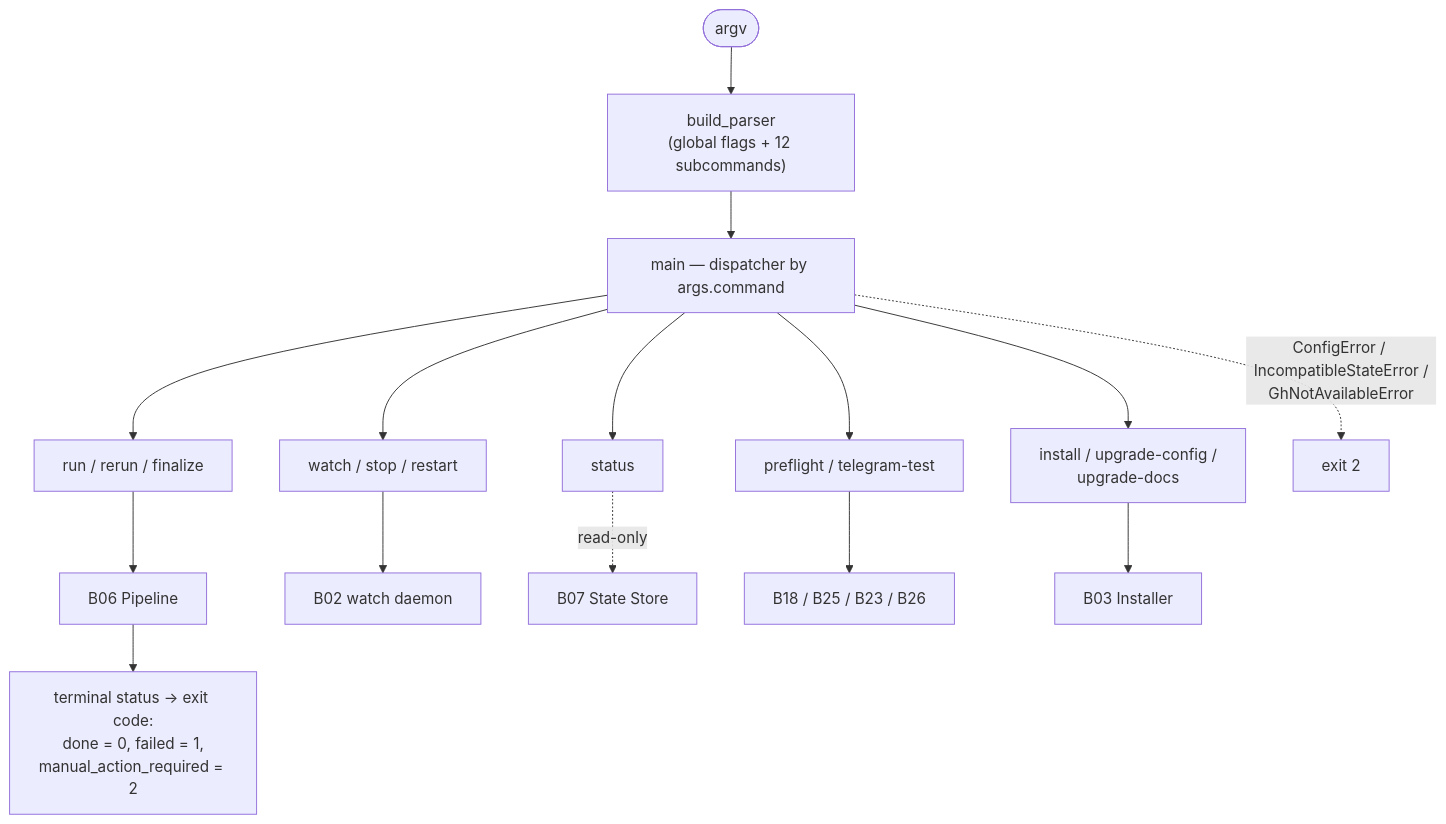
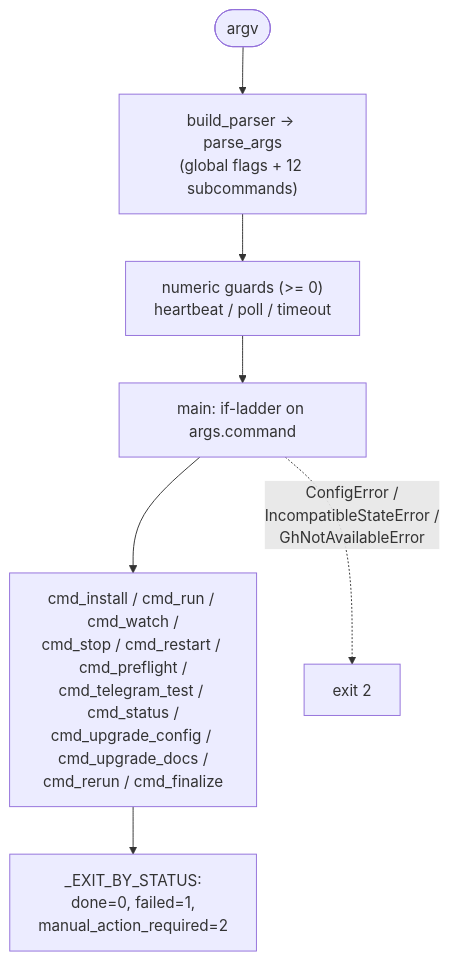
Before and after one commit to VladimirMakarevich/wastech-orchestrator: the diagram in docs/functional/blocks/B01-cli-and-operator-commands.md, drawn with Mermaid. The commit also changed other lines of this file and 39 other files, not shown here.

First line of the commit message:
docs: Add detailed documentation for new flows and components

````diff
--- a/docs/functional/blocks/B01-cli-and-operator-commands.md
+++ b/docs/functional/blocks/B01-cli-and-operator-commands.md
@@ -45,20 +57,9 @@
 ```mermaid
 flowchart TB
-    argv(["argv"]) --> parser["build_parser<br/>(global flags + 12 subcommands)"]
-    parser --> main["main — dispatcher by args.command"]
-
-    main --> c_run["run / rerun / finalize"]
-    main --> c_watch["watch / stop / restart"]
-    main --> c_status["status"]
-    main --> c_diag["preflight / telegram-test"]
-    main --> c_inst["install / upgrade-config /<br/>upgrade-docs"]
-
-    c_run --> B06["B06 Pipeline"]
-    c_watch --> B02["B02 watch daemon"]
-    c_status -.->|"read-only"| B07["B07 State Store"]
-    c_diag --> svc["B18 / B25 / B23 / B26"]
-    c_inst --> B03["B03 Installer"]
-
-    B06 --> codes["terminal status → exit code:<br/>done = 0, failed = 1,<br/>manual_action_required = 2"]
-    main -.->|"ConfigError / IncompatibleStateError /<br/>GhNotAvailableError"| err2["exit 2"]
+    argv(["argv"]) --> parse["build_parser → parse_args<br/>(global flags + 12 subcommands)"]
+    parse --> guard["numeric guards (>= 0)<br/>heartbeat / poll / timeout"]
+    guard --> disp["main: if-ladder on args.command"]
+    disp --> drivers["cmd_install / cmd_run / cmd_watch /<br/>cmd_stop / cmd_restart / cmd_preflight /<br/>cmd_telegram_test / cmd_status /<br/>cmd_upgrade_config / cmd_upgrade_docs /<br/>cmd_rerun / cmd_finalize"]
+    drivers --> codes["_EXIT_BY_STATUS:<br/>done=0, failed=1,<br/>manual_action_required=2"]
+    disp -.->|"ConfigError /<br/>IncompatibleStateError /<br/>GhNotAvailableError"| err2["exit 2"]
 ```
````
